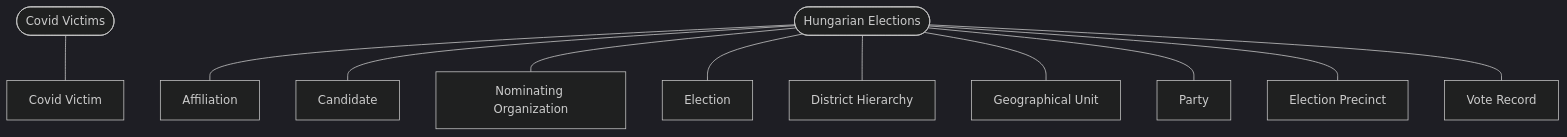
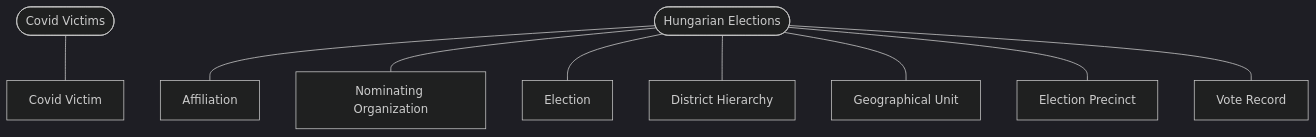
Before and after one commit to sscu-budapest/explorer-tutorial: the diagram in book/mermaid.md, drawn with Mermaid (dark theme). The commit also changed 4 other files, not shown here.

````diff
--- a/book/mermaid.md
+++ b/book/mermaid.md
@@ -1,35 +1,29 @@
 ```{mermaid}
 
     flowchart TD
         
         covid_victims([Covid Victims]) --- covid_victims_covid_victim[Covid Victim]
         click covid_victims_covid_victim href "https://s3.eu-de.cloud-object-storage.appdomain.cloud/sscub-public-explorer-tutorial/covid_victims/covid_victim-profile.html" "Profile"
         
         hungarian_elections([Hungarian Elections]) --- hungarian_elections_affiliation[Affiliation]
         click hungarian_elections_affiliation href "https://s3.eu-de.cloud-object-storage.appdomain.cloud/sscub-public-explorer-tutorial/hungarian_elections/affiliation-profile.html" "Profile"
-        
-        hungarian_elections([Hungarian Elections]) --- hungarian_elections_candidate[Candidate]
-        click hungarian_elections_candidate href "https://s3.eu-de.cloud-object-storage.appdomain.cloud/sscub-public-explorer-tutorial/hungarian_elections/candidate-profile.html" "Profile"
         
         hungarian_elections([Hungarian Elections]) --- hungarian_elections_nominating_organization[Nominating Organization]
         click hungarian_elections_nominating_organization href "https://s3.eu-de.cloud-object-storage.appdomain.cloud/sscub-public-explorer-tutorial/hungarian_elections/nominating_organization-profile.html" "Profile"
         
         hungarian_elections([Hungarian Elections]) --- hungarian_elections_election[Election]
         click hungarian_elections_election href "https://s3.eu-de.cloud-object-storage.appdomain.cloud/sscub-public-explorer-tutorial/hungarian_elections/election-profile.html" "Profile"
         
         hungarian_elections([Hungarian Elections]) --- hungarian_elections_district_hierarchy[District Hierarchy]
         click hungarian_elections_district_hierarchy href "https://s3.eu-de.cloud-object-storage.appdomain.cloud/sscub-public-explorer-tutorial/hungarian_elections/district_hierarchy-profile.html" "Profile"
         
         hungarian_elections([Hungarian Elections]) --- hungarian_elections_geographical_unit[Geographical Unit]
         click hungarian_elections_geographical_unit href "https://s3.eu-de.cloud-object-storage.appdomain.cloud/sscub-public-explorer-tutorial/hungarian_elections/geographical_unit-profile.html" "Profile"
         
-        hungarian_elections([Hungarian Elections]) --- hungarian_elections_party[Party]
-        click hungarian_elections_party href "https://s3.eu-de.cloud-object-storage.appdomain.cloud/sscub-public-explorer-tutorial/hungarian_elections/party-profile.html" "Profile"
-        
         hungarian_elections([Hungarian Elections]) --- hungarian_elections_election_precinct[Election Precinct]
         click hungarian_elections_election_precinct href "https://s3.eu-de.cloud-object-storage.appdomain.cloud/sscub-public-explorer-tutorial/hungarian_elections/election_precinct-profile.html" "Profile"
         
         hungarian_elections([Hungarian Elections]) --- hungarian_elections_vote_record[Vote Record]
         click hungarian_elections_vote_record href "https://s3.eu-de.cloud-object-storage.appdomain.cloud/sscub-public-explorer-tutorial/hungarian_elections/vote_record-profile.html" "Profile"
         
 ```
````
